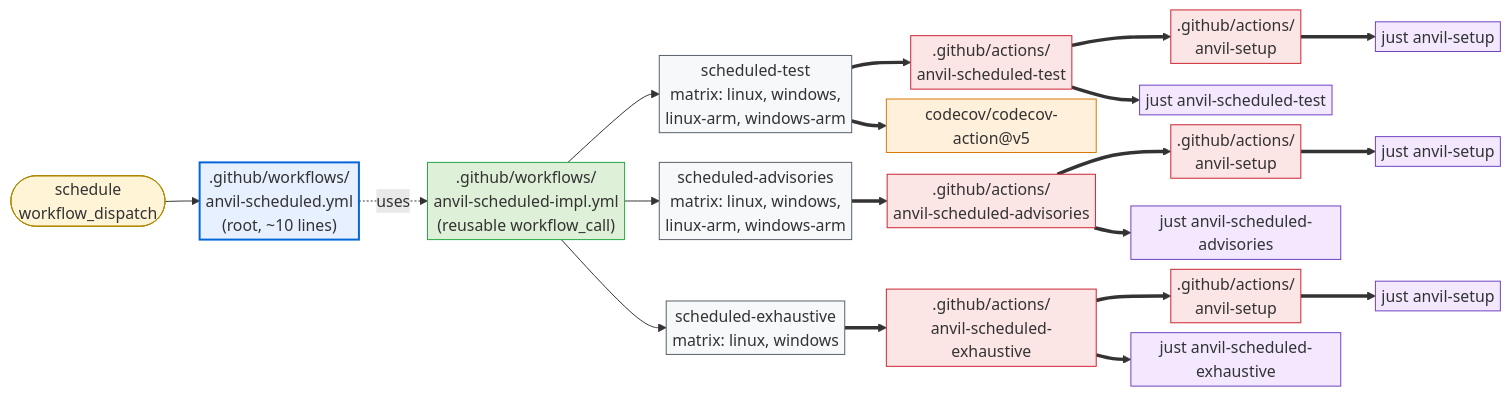
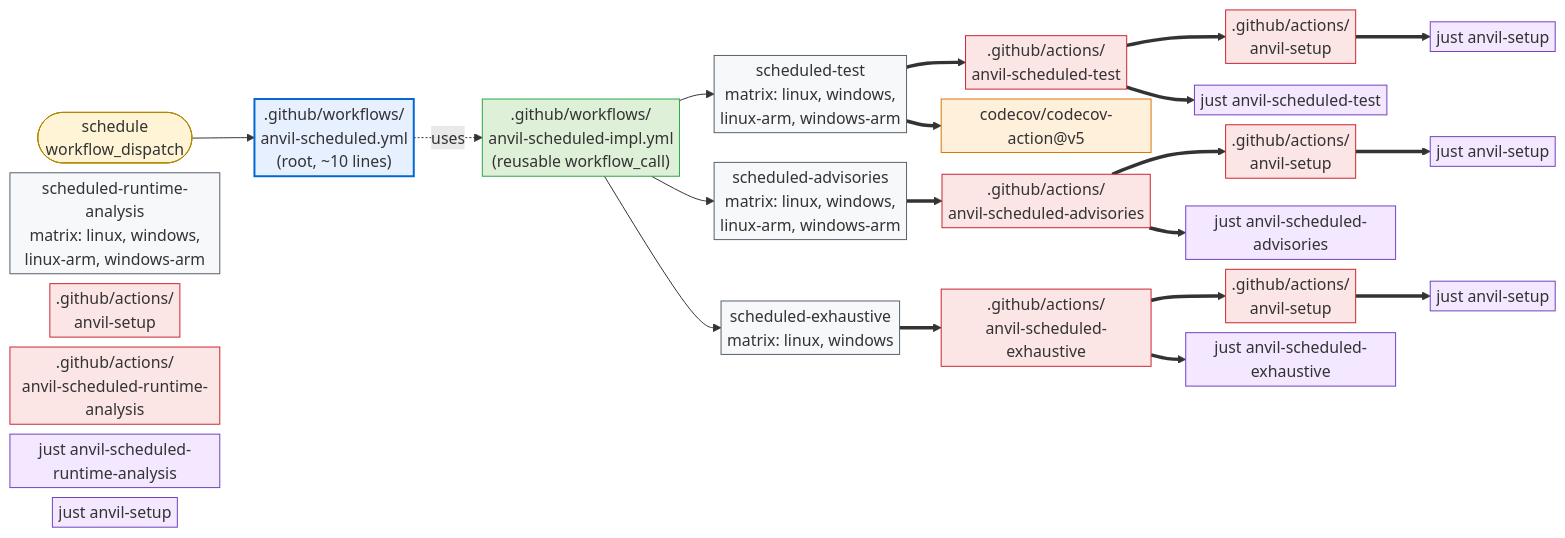
Before and after one commit to microsoft/ox-tools: the second of 2 diagrams in crates/cargo-anvil/docs/design/github.md, drawn with Mermaid. The commit also changed other lines of this file and 180 other files, not shown here.

First line of the commit message:
feat(anvil): expanded check catalog, multi-region host files, and Windows/msrustup setup robustness (#48)

````diff
--- a/crates/cargo-anvil/docs/design/github.md
+++ b/crates/cargo-anvil/docs/design/github.md
@@ -121,53 +121,58 @@
 ```mermaid
 %%{init: {"flowchart": {"nodeSpacing": 10, "rankSpacing": 35, "padding": 3}, "themeVariables": {"fontSize": "16px"}}}%%
 flowchart LR
     sched_evt([schedule<br/>workflow_dispatch]):::trigger
     sched_root[".github/workflows/<br/>anvil-scheduled.yml<br/>(root, ~10 lines)"]:::root
     sched_impl[".github/workflows/<br/>anvil-scheduled-impl.yml<br/>(reusable workflow_call)"]:::impl
     stest_job["scheduled-test<br/>matrix: linux, windows,<br/>linux-arm, windows-arm"]:::job
     sadv_job["scheduled-advisories<br/>matrix: linux, windows,<br/>linux-arm, windows-arm"]:::job
+    srun_job["scheduled-runtime-analysis<br/>matrix: linux, windows,<br/>linux-arm, windows-arm"]:::job
     sexh_job["scheduled-exhaustive<br/>matrix: linux, windows"]:::job
     stest_setup[".github/actions/<br/>anvil-setup"]:::action
     sadv_setup[".github/actions/<br/>anvil-setup"]:::action
+    srun_setup[".github/actions/<br/>anvil-setup"]:::action
     sexh_setup[".github/actions/<br/>anvil-setup"]:::action
     stest_act[".github/actions/<br/>anvil-scheduled-test"]:::action
     sadv_act[".github/actions/<br/>anvil-scheduled-advisories"]:::action
+    srun_act[".github/actions/<br/>anvil-scheduled-runtime-analysis"]:::action
     sexh_act[".github/actions/<br/>anvil-scheduled-exhaustive"]:::action
     codecov_act["codecov/codecov-action@v5"]:::external
     stest_just["just anvil-scheduled-test"]:::recipe
     stest_setup_just["just anvil-setup"]:::recipe
     sadv_just["just anvil-scheduled-advisories"]:::recipe
     sadv_setup_just["just anvil-setup"]:::recipe
+    srun_just["just anvil-scheduled-runtime-analysis"]:::recipe
+    srun_setup_just["just anvil-setup"]:::recipe
     sexh_just["just anvil-scheduled-exhaustive"]:::recipe
     sexh_setup_just["just anvil-setup"]:::recipe
 
     sched_evt --> sched_root
     sched_root -. uses .-> sched_impl
     sched_impl --> stest_job
     sched_impl --> sadv_job
     sched_impl --> sexh_job
 
     stest_job ==> stest_act
     stest_job ==> codecov_act
     sadv_job ==> sadv_act
     sexh_job ==> sexh_act
 
     stest_act ==> stest_setup
     stest_act ==> stest_just
     sadv_act ==> sadv_setup
     sadv_act ==> sadv_just
     sexh_act ==> sexh_setup
     sexh_act ==> sexh_just
 
     stest_setup ==> stest_setup_just
     sadv_setup ==> sadv_setup_just
     sexh_setup ==> sexh_setup_just
 
     classDef trigger fill:#fff4d6,stroke:#b08800,stroke-width:1px;
     classDef root fill:#e6f0ff,stroke:#0366d6,stroke-width:2px;
     classDef impl fill:#dff0d8,stroke:#28a745,stroke-width:1px;
     classDef job fill:#f6f8fa,stroke:#586069,stroke-width:1px;
     classDef action fill:#fce5e5,stroke:#cb2431,stroke-width:1px;
     classDef external fill:#fff0db,stroke:#d97706,stroke-width:1px;
     classDef recipe fill:#f3e8ff,stroke:#6f42c1,stroke-width:1px;
 ```
````
